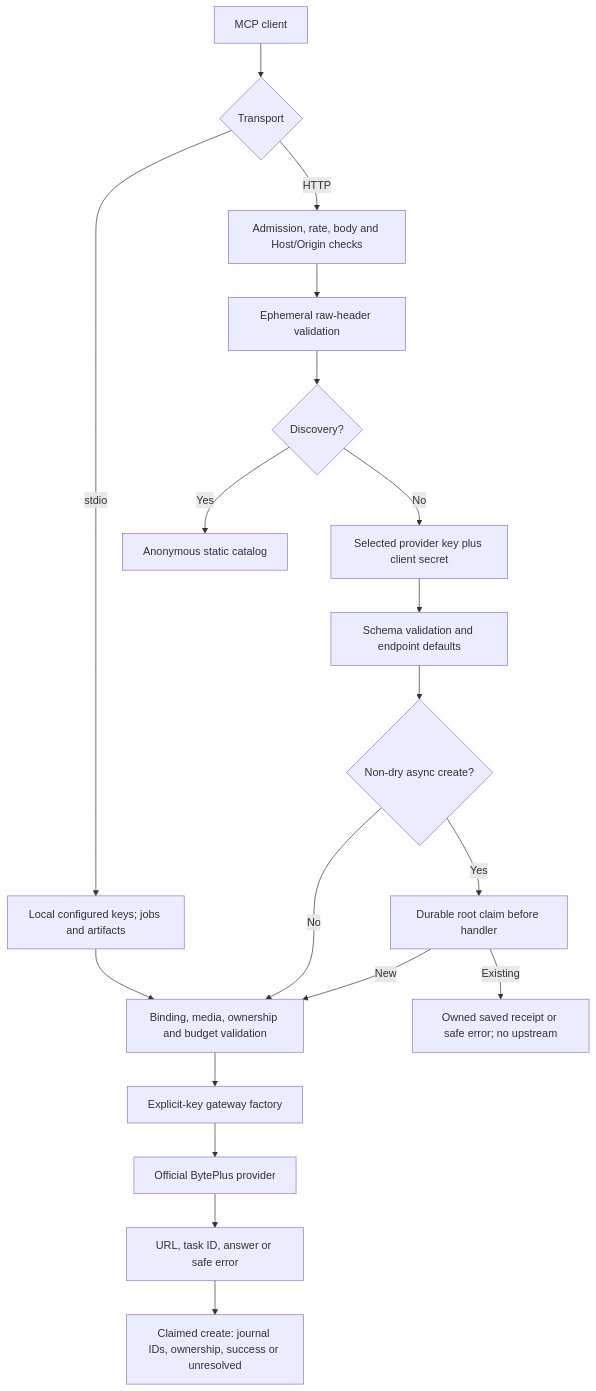
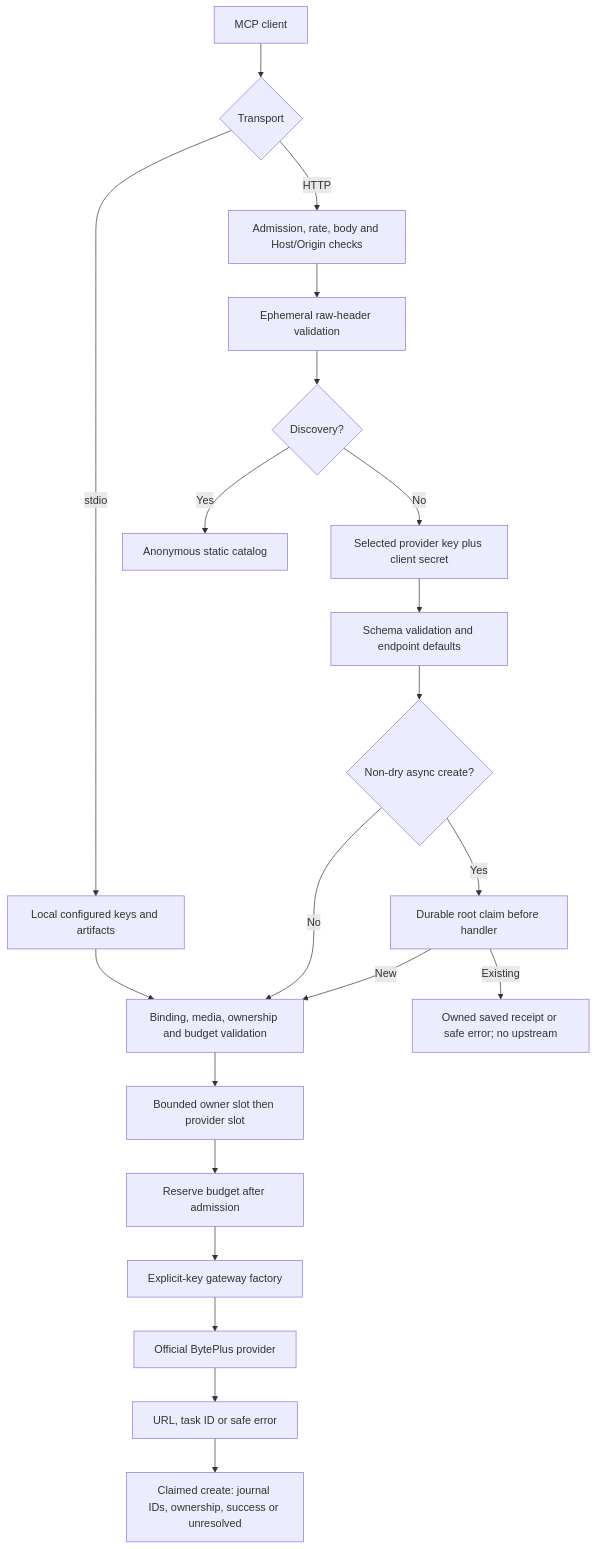
One commit to byteplus-sa/seed-mcp changed the diagram in docs/architecture.md. Above: the diagram before and after it, drawn with Mermaid. The commit also changed other lines of this file and 274 other files, not shown here.

````diff
--- a/docs/architecture.md
+++ b/docs/architecture.md
@@ -10,21 +10,23 @@
 ```mermaid
 flowchart TD
     Client["MCP client"] --> Transport{"Transport"}
-    Transport -->|stdio| Local["Local configured keys; jobs and artifacts"]
+    Transport -->|stdio| Local["Local configured keys and artifacts"]
     Transport -->|HTTP| Limits["Admission, rate, body and Host/Origin checks"]
     Limits --> Headers["Ephemeral raw-header validation"]
     Headers --> Discovery{"Discovery?"}
     Discovery -->|Yes| Static["Anonymous static catalog"]
     Discovery -->|No| Owner["Selected provider key plus client secret"]
     Owner --> Input["Schema validation and endpoint defaults"]
     Input --> Create{"Non-dry async create?"}
     Create -->|No| Validate["Binding, media, ownership and budget validation"]
     Create -->|Yes| Claim["Durable root claim before handler"]
     Claim -->|New| Validate
     Claim -->|Existing| Replay["Owned saved receipt or safe error; no upstream"]
     Local --> Validate
-    Validate --> Factory["Explicit-key gateway factory"]
+    Validate --> Admission["Bounded owner slot then provider slot"]
+    Admission --> Budget["Reserve budget after admission"]
+    Budget --> Factory["Explicit-key gateway factory"]
     Factory --> Provider["Official BytePlus provider"]
-    Provider --> Result["URL, task ID, answer or safe error"]
+    Provider --> Result["URL, task ID or safe error"]
     Result --> Record["Claimed create: journal IDs, ownership, success or unresolved"]
 ```
````
